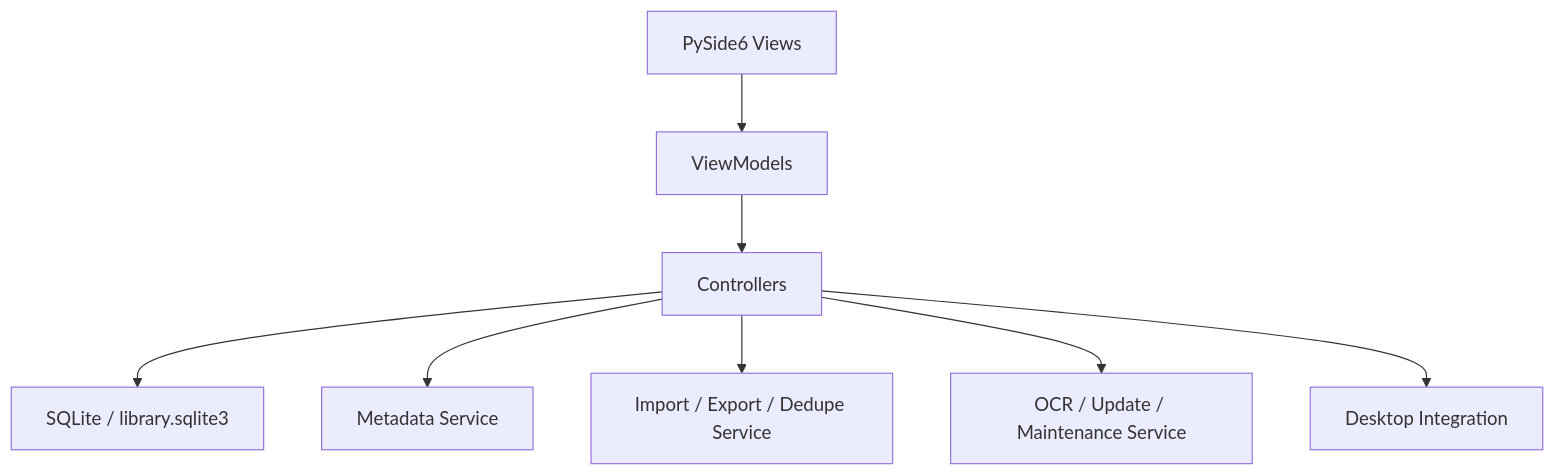
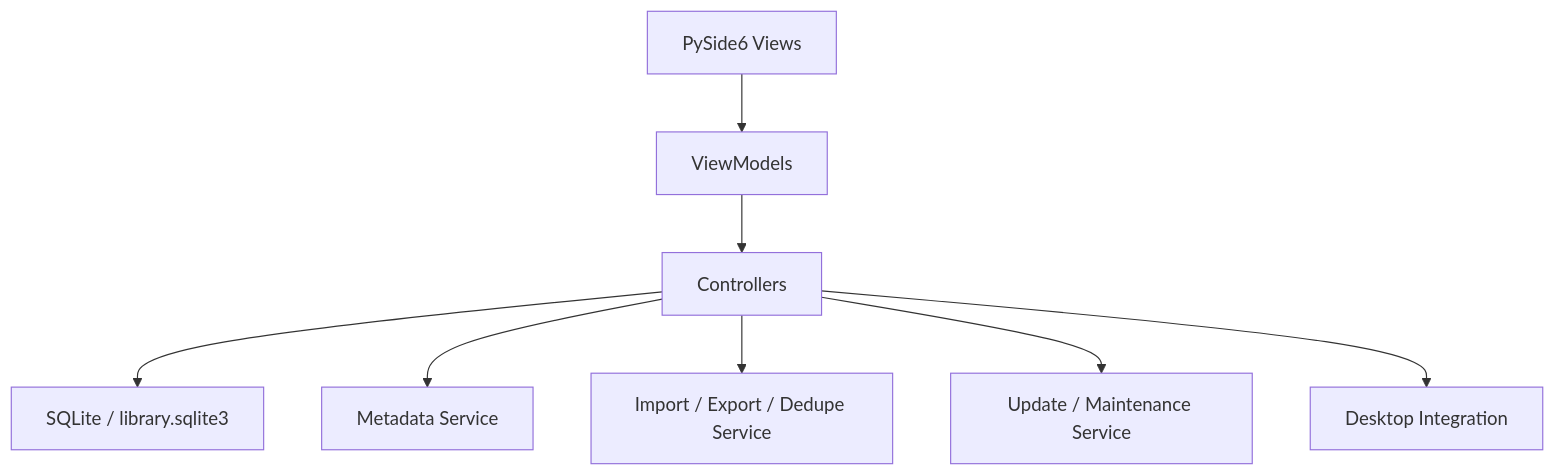
One commit to Dongyurocket/literature-management-tool changed the second of 2 diagrams in README.md. Above: the diagram before and after it, drawn with Mermaid. The commit also changed other lines of this file and 15 other files, not shown here.

````diff
--- a/README.md
+++ b/README.md
@@ -350,10 +342,10 @@
 ```mermaid
 flowchart TB
     A["PySide6 Views"] --> B["ViewModels"]
     B --> C["Controllers"]
     C --> D["SQLite / library.sqlite3"]
     C --> E["Metadata Service"]
     C --> F["Import / Export / Dedupe Service"]
-    C --> G["OCR / Update / Maintenance Service"]
+    C --> G["Update / Maintenance Service"]
     C --> H["Desktop Integration"]
 ```
````
